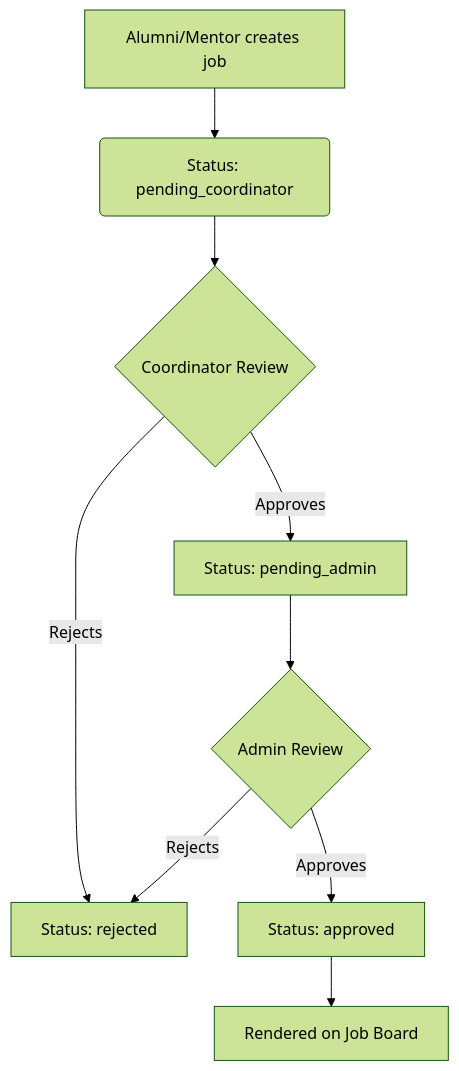
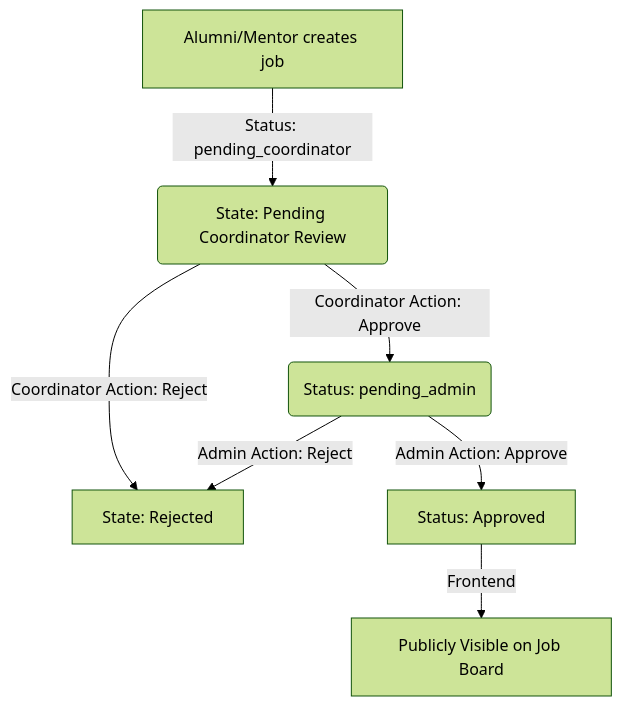
Before and after one commit to kulkarnishub377/Alumni_Management_portal: the third of 5 diagrams in docs/PROCESS_FLOWS.md, drawn with Mermaid (forest theme). The commit also changed other lines of this file and 1 other file, not shown here.

````diff
--- a/docs/PROCESS_FLOWS.md
+++ b/docs/PROCESS_FLOWS.md
@@ -105,11 +125,9 @@
 ```mermaid
 flowchart TD
-    A[Alumni/Mentor creates job] --> B(Status: pending_coordinator)
-    B --> C{Coordinator Review}
-    C -- Rejects --> D[Status: rejected]
-    C -- Approves --> E[Status: pending_admin]
-    E --> F{Admin Review}
-    F -- Rejects --> D
-    F -- Approves --> G[Status: approved]
-    G --> H[Rendered on Job Board]
+    A[Alumni/Mentor creates job] -->|Status: pending_coordinator| B(State: Pending Coordinator Review)
+    B -->|Coordinator Action: Reject| C[State: Rejected]
+    B -->|Coordinator Action: Approve| D(Status: pending_admin)
+    D -->|Admin Action: Reject| C
+    D -->|Admin Action: Approve| E[Status: Approved]
+    E -->|Frontend| F[Publicly Visible on Job Board]
 ```
````
